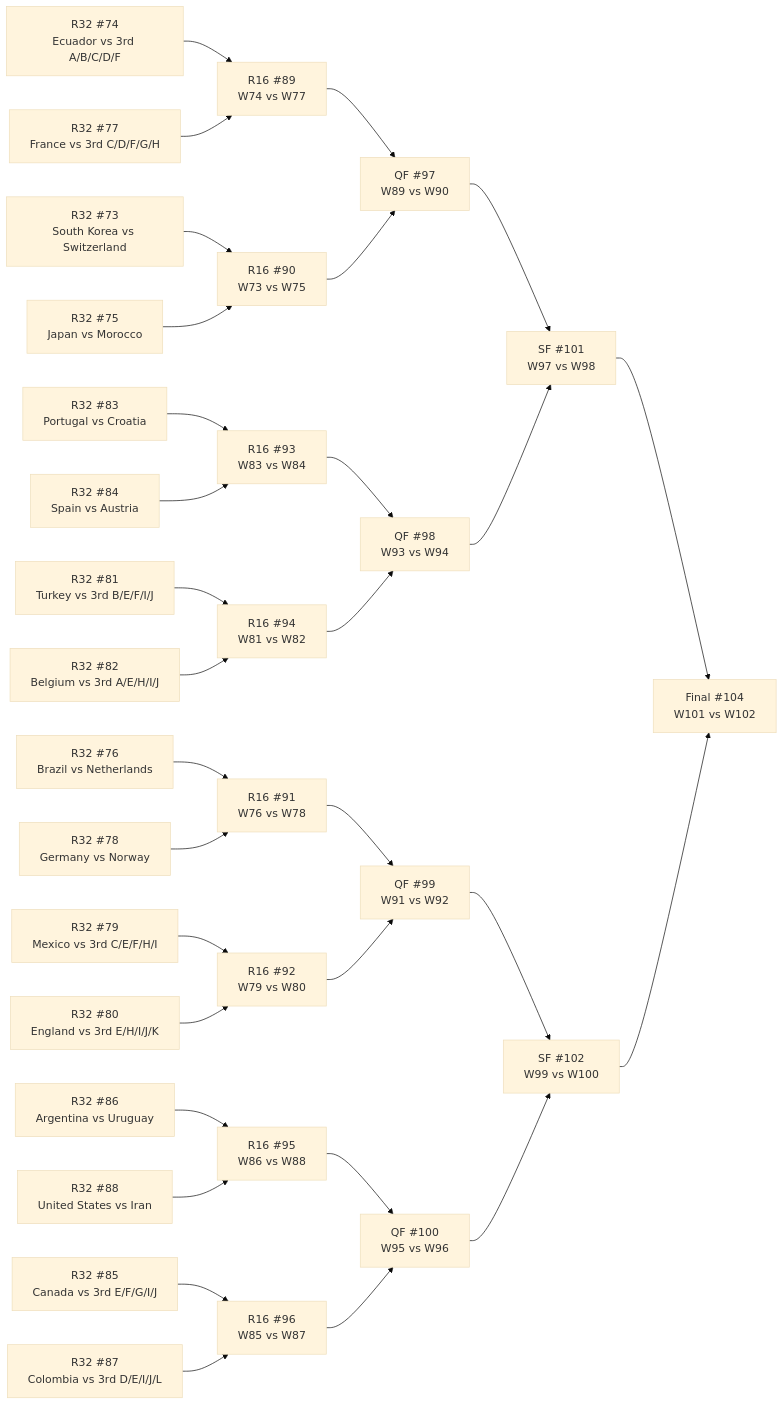
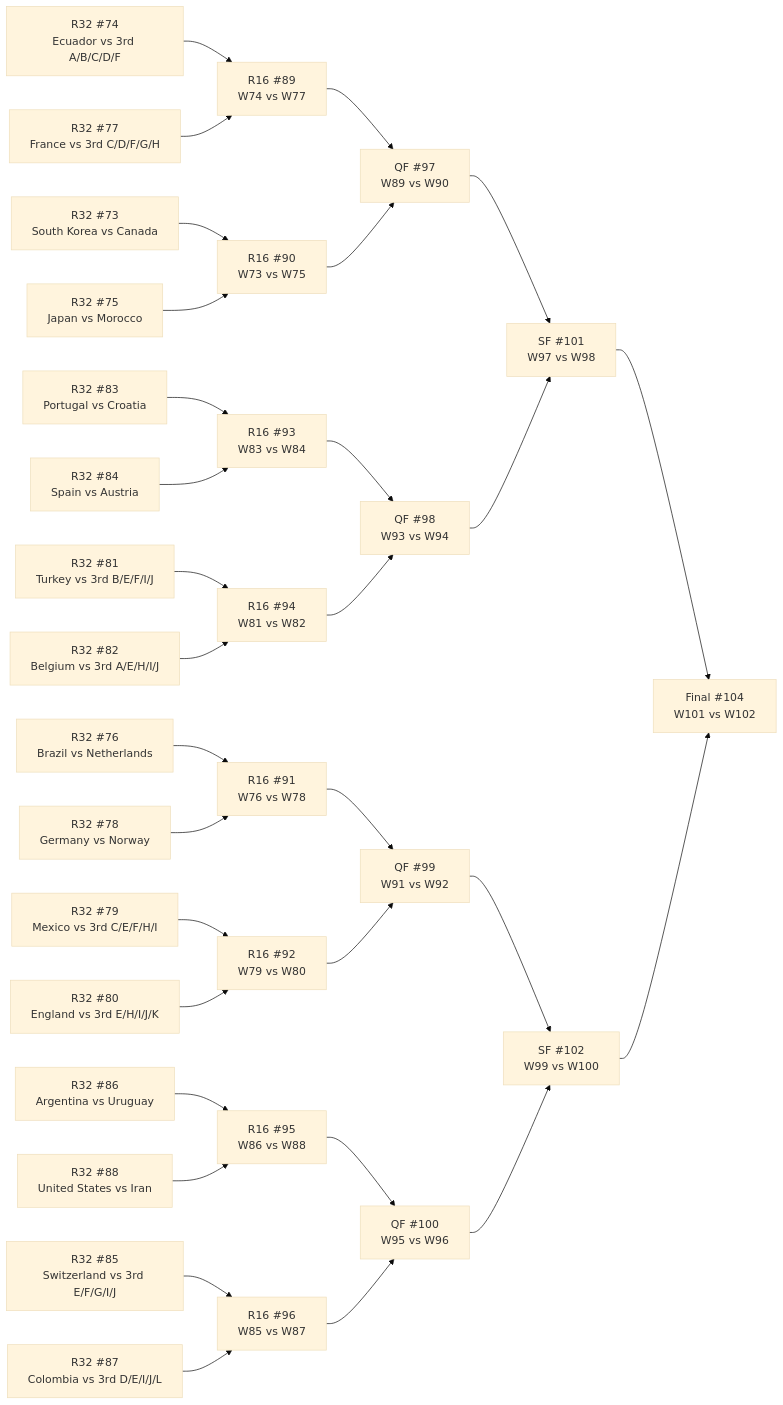
Before and after one commit to Tutai-Tran/WC-2026-predictor: the diagram in WC vault/_bracket.md, drawn with Mermaid (base theme). The commit also changed other lines of this file and 228 other files, not shown here.

````diff
--- a/WC vault/_bracket.md
+++ b/WC vault/_bracket.md
@@ -11,64 +11,64 @@
 ```mermaid
 flowchart LR
-  M73["R32 #73<br>South Korea vs Switzerland"]
+  M73["R32 #73<br>South Korea vs Canada"]
   M74["R32 #74<br>Ecuador vs 3rd A/B/C/D/F"]
   M75["R32 #75<br>Japan vs Morocco"]
   M76["R32 #76<br>Brazil vs Netherlands"]
   M77["R32 #77<br>France vs 3rd C/D/F/G/H"]
   M78["R32 #78<br>Germany vs Norway"]
   M79["R32 #79<br>Mexico vs 3rd C/E/F/H/I"]
   M80["R32 #80<br>England vs 3rd E/H/I/J/K"]
   M81["R32 #81<br>Turkey vs 3rd B/E/F/I/J"]
   M82["R32 #82<br>Belgium vs 3rd A/E/H/I/J"]
   M83["R32 #83<br>Portugal vs Croatia"]
   M84["R32 #84<br>Spain vs Austria"]
-  M85["R32 #85<br>Canada vs 3rd E/F/G/I/J"]
+  M85["R32 #85<br>Switzerland vs 3rd E/F/G/I/J"]
   M86["R32 #86<br>Argentina vs Uruguay"]
   M87["R32 #87<br>Colombia vs 3rd D/E/I/J/L"]
   M88["R32 #88<br>United States vs Iran"]
   M89["R16 #89<br>W74 vs W77"]
   M90["R16 #90<br>W73 vs W75"]
   M91["R16 #91<br>W76 vs W78"]
   M92["R16 #92<br>W79 vs W80"]
   M93["R16 #93<br>W83 vs W84"]
   M94["R16 #94<br>W81 vs W82"]
   M95["R16 #95<br>W86 vs W88"]
   M96["R16 #96<br>W85 vs W87"]
   M97["QF #97<br>W89 vs W90"]
   M98["QF #98<br>W93 vs W94"]
   M99["QF #99<br>W91 vs W92"]
   M100["QF #100<br>W95 vs W96"]
   M101["SF #101<br>W97 vs W98"]
   M102["SF #102<br>W99 vs W100"]
   M104["Final #104<br>W101 vs W102"]
   M74 --> M89
   M77 --> M89
   M73 --> M90
   M75 --> M90
   M76 --> M91
   M78 --> M91
   M79 --> M92
   M80 --> M92
   M83 --> M93
   M84 --> M93
   M81 --> M94
   M82 --> M94
   M86 --> M95
   M88 --> M95
   M85 --> M96
   M87 --> M96
   M89 --> M97
   M90 --> M97
   M93 --> M98
   M94 --> M98
   M91 --> M99
   M92 --> M99
   M95 --> M100
   M96 --> M100
   M97 --> M101
   M98 --> M101
   M99 --> M102
   M100 --> M102
   M101 --> M104
   M102 --> M104
 ```
````
